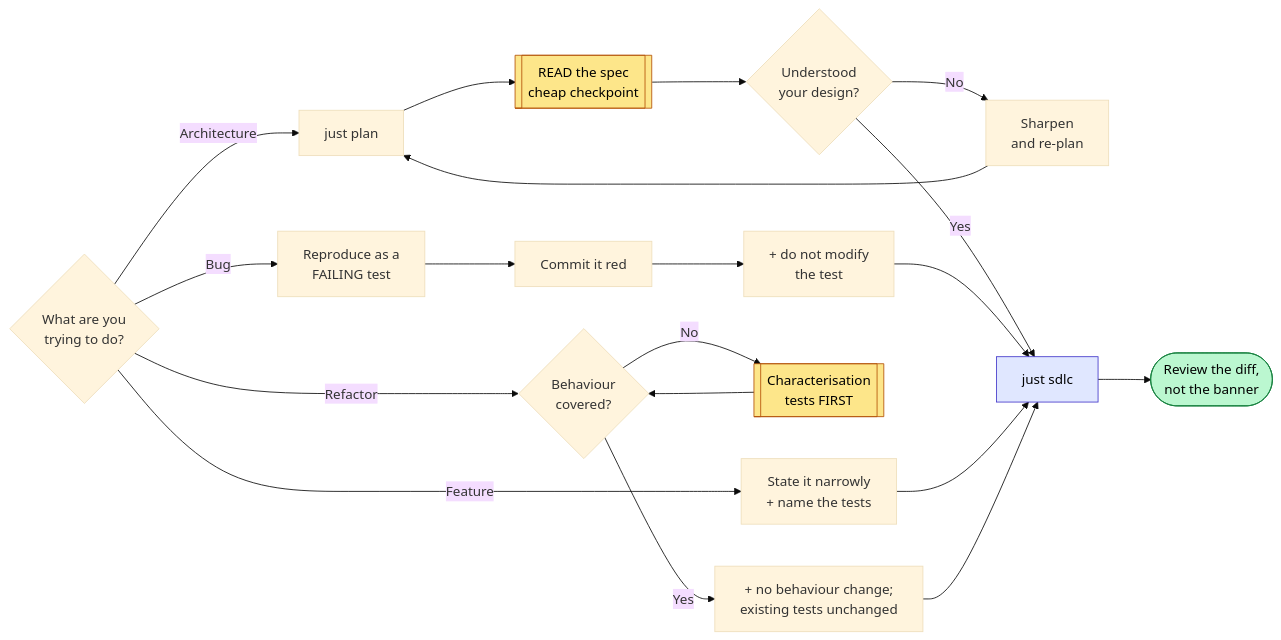
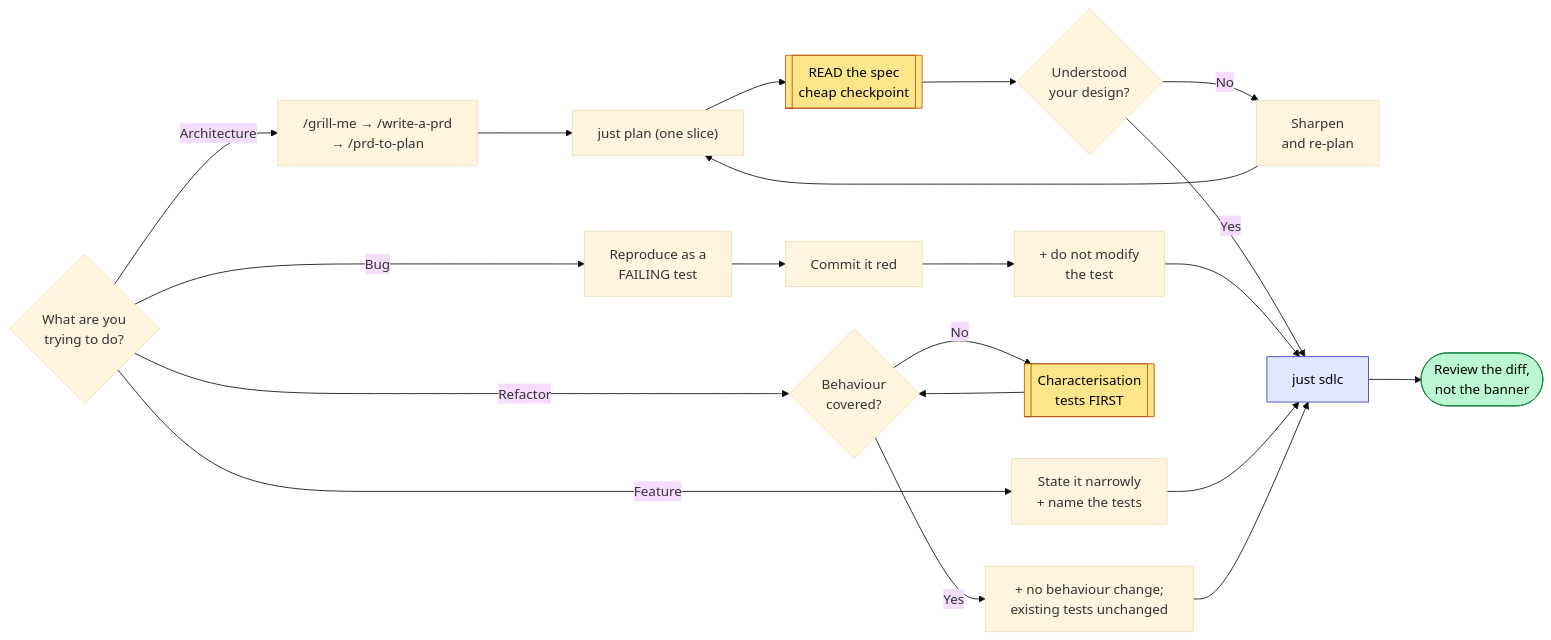
Before and after one commit to joystick/super-simple-software-factory: the third of 5 diagrams in docs/playbook-adopting-sssf.md, drawn with Mermaid (base theme). The commit also changed other lines of this file and 1 other file, not shown here.

````diff
--- a/docs/playbook-adopting-sssf.md
+++ b/docs/playbook-adopting-sssf.md
@@ -126,25 +157,26 @@
 ```mermaid
 flowchart LR
     Job{What are you<br/>trying to do?}
 
-    Job -->|Architecture| A1["just plan"]
-    A1 --> A2[["READ the spec<br/>cheap checkpoint"]]
-    A2 --> A3{Understood<br/>your design?}
-    A3 -->|No| A4[Sharpen<br/>and re-plan] --> A1
-    A3 -->|Yes| Run
+    Job -->|Architecture| A1["/grill-me → /write-a-prd<br/>→ /prd-to-plan"]
+    A1 --> A2["just plan (one slice)"]
+    A2 --> A3[["READ the spec<br/>cheap checkpoint"]]
+    A3 --> A4{Understood<br/>your design?}
+    A4 -->|No| A5[Sharpen<br/>and re-plan] --> A2
+    A4 -->|Yes| Run
 
     Job -->|Bug| B1[Reproduce as a<br/>FAILING test] --> B2[Commit it red] --> B3["+ do not modify<br/>the test"] --> Run
 
     Job -->|Feature| C1[State it narrowly<br/>+ name the tests] --> Run
 
     Job -->|Refactor| D1{Behaviour<br/>covered?}
     D1 -->|No| D2[["Characterisation<br/>tests FIRST"]] --> D1
     D1 -->|Yes| D3["+ no behaviour change;<br/>existing tests unchanged"] --> Run
 
     Run["just sdlc"] --> Rev([Review the diff,<br/>not the banner])
 
-    style A2 fill:#fde68a,stroke:#b45309,color:#000
+    style A3 fill:#fde68a,stroke:#b45309,color:#000
     style D2 fill:#fde68a,stroke:#b45309,color:#000
     style Run fill:#e0e7ff,stroke:#4338ca,color:#000
     style Rev fill:#bbf7d0,stroke:#15803d,color:#000
 ```
````
